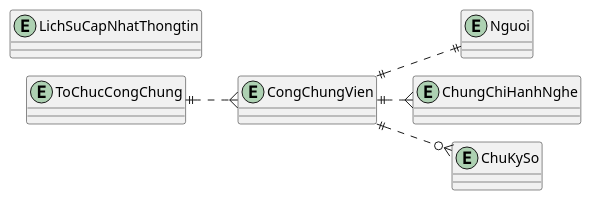
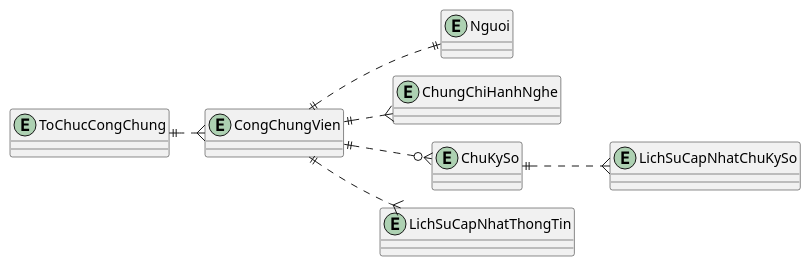
Before and after one commit to alvinnguyen9820-prog/CSDL-Cong-Chung: the diagram in Quản lý công chứng viên/2.erd.puml, drawn with PlantUML. The commit also changed 20 other files, not shown here.

```diff
--- a/Quản lý công chứng viên/2.erd.puml
+++ b/Quản lý công chứng viên/2.erd.puml
@@ -1,15 +1,18 @@
 @startuml erd
 !pragma layout smetana
 left to right direction
 entity Nguoi
 entity CongChungVien
 entity ChungChiHanhNghe
 entity ChuKySo
-entity LichSuCapNhatThongtin
+entity LichSuCapNhatThongTin
+entity LichSuCapNhatChuKySo
 entity ToChucCongChung
 
 CongChungVien ||..|| Nguoi
 CongChungVien ||..{ ChungChiHanhNghe
 CongChungVien ||..o{ ChuKySo
 ToChucCongChung ||..{ CongChungVien
+ChuKySo ||..{ LichSuCapNhatChuKySo
+CongChungVien ||..{ LichSuCapNhatThongTin
 @enduml
```
